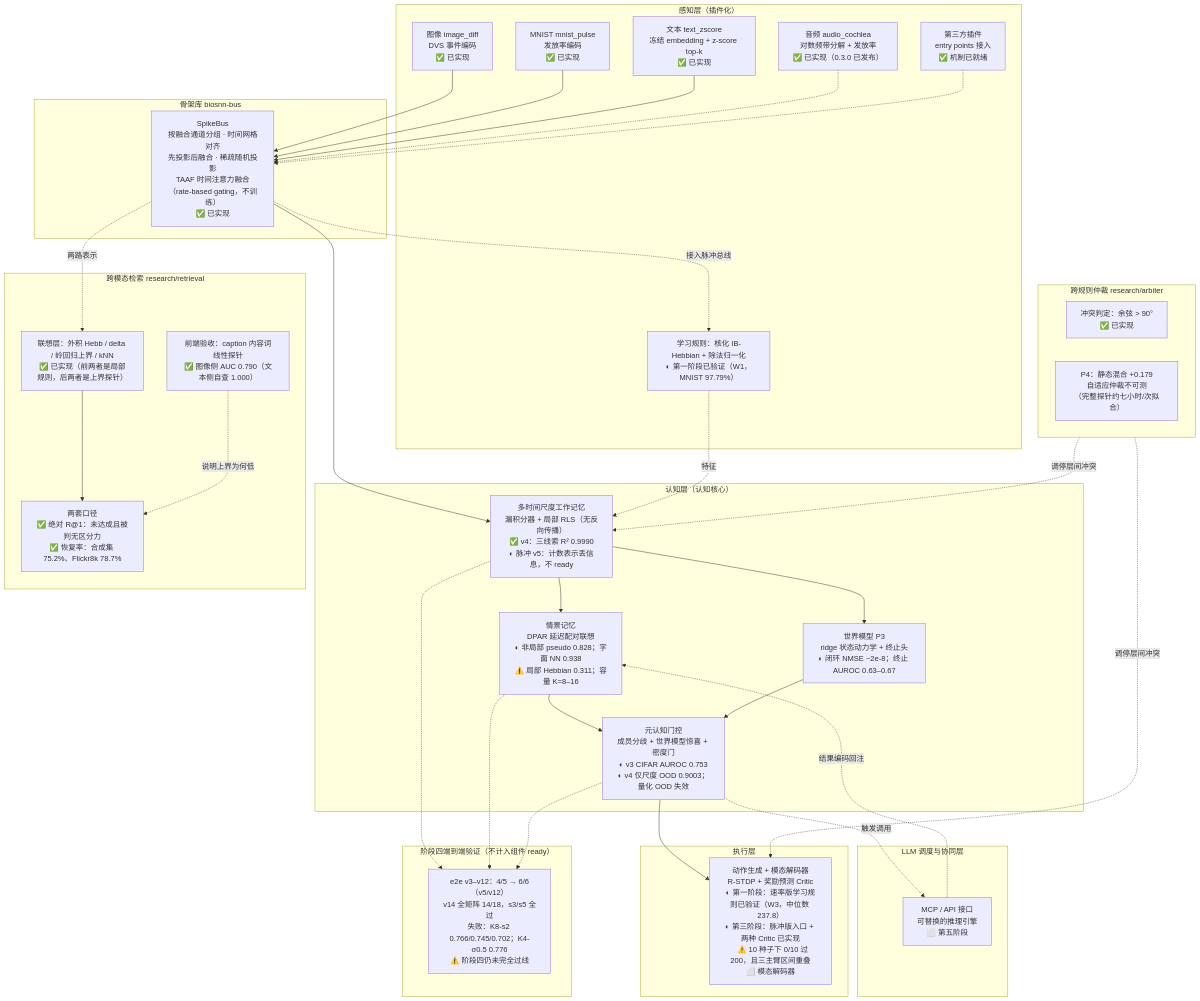
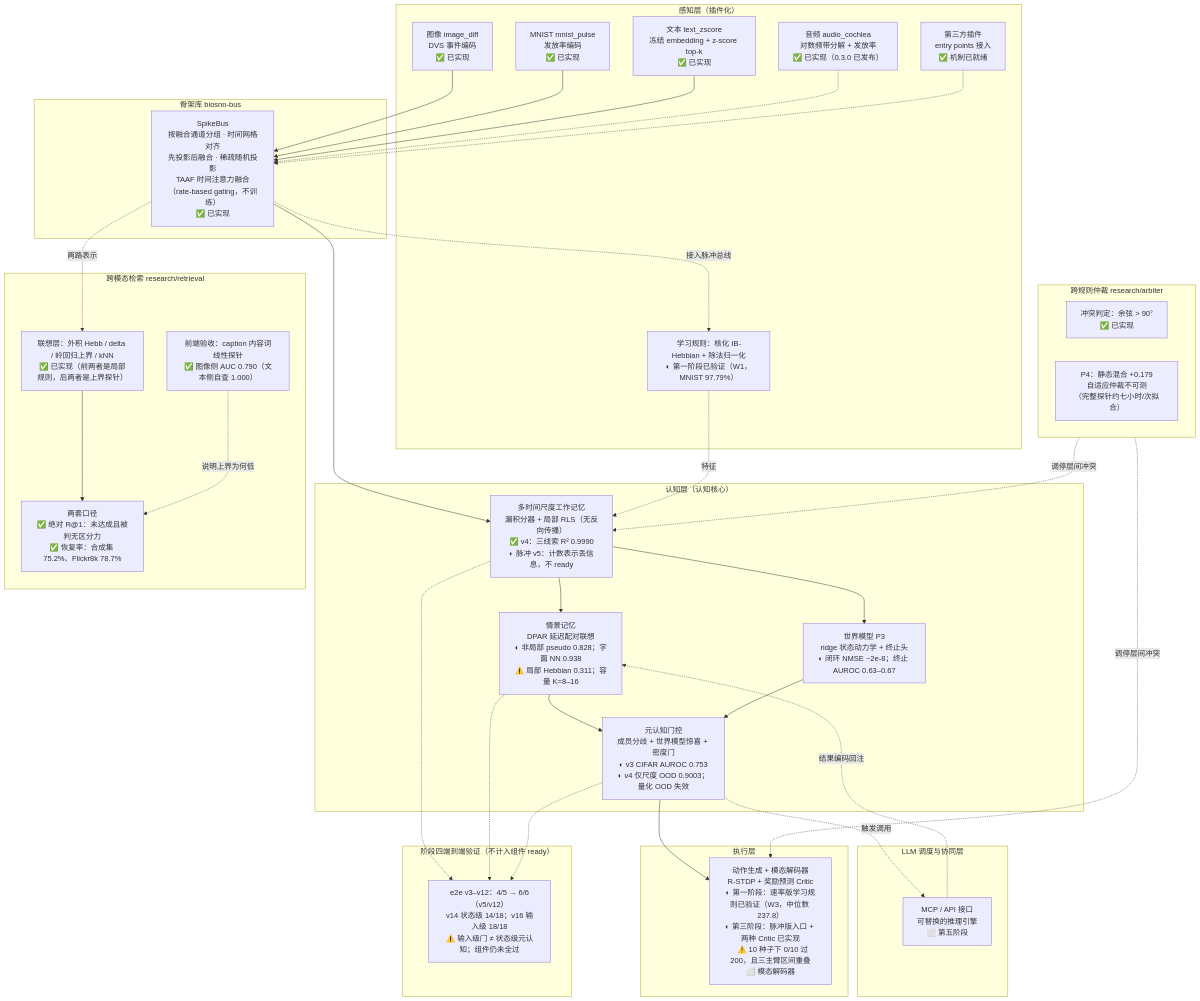
Before and after one commit to lzmd-arch/BioSNN-Plug: the diagram in README.md, drawn with Mermaid. The commit also changed other lines of this file and 8 other files, not shown here.

````diff
--- a/README.md
+++ b/README.md
@@ -126,71 +126,71 @@
 ```mermaid
 flowchart TB
     subgraph L5["LLM 调度与协同层"]
         MCP["MCP / API 接口<br/>可替换的推理引擎<br/>⬜ 第五阶段"]
     end
 
     subgraph L4["执行层"]
         ACT["动作生成 + 模态解码器<br/>R-STDP + 奖励预测 Critic<br/>◐ 第一阶段：速率版学习规则已验证（W3，中位数 237.8）<br/>◐ 第三阶段：脉冲版入口 + 两种 Critic 已实现<br/>&nbsp;&nbsp;&nbsp;⚠️ 10 种子下 0/10 过 200，且三主臂区间重叠<br/>⬜ 模态解码器"]
     end
 
     subgraph L3["认知层（认知核心）"]
         WM["多时间尺度工作记忆<br/>漏积分器 + 局部 RLS（无反向传播）<br/>✅ v4：三线索 R² 0.9990<br/>◐ 脉冲 v5：计数表示丢信息，不 ready"]
         EM["情景记忆<br/>DPAR 延迟配对联想<br/>◐ 非局部 pseudo 0.828；字面 NN 0.938<br/>⚠️ 局部 Hebbian 0.311；容量 K=8–16"]
         MG["元认知门控<br/>成员分歧 + 世界模型惊喜 + 密度门<br/>◐ v3 CIFAR AUROC 0.753<br/>◐ v4 仅尺度 OOD 0.9003；量化 OOD 失效"]
         WMODEL["世界模型 P3<br/>ridge 状态动力学 + 终止头<br/>◐ 闭环 NMSE ~2e-8；终止 AUROC 0.63–0.67"]
     end
 
     subgraph ARB["跨规则仲裁 research/arbiter"]
         CF["冲突判定：余弦 > 90°<br/>✅ 已实现"]
         ES["P4：静态混合 +0.179<br/>自适应仲裁不可测<br/>（完整探针约七小时/次拟合）"]
     end
 
     subgraph L2["骨架库 biosnn-bus"]
         BUS["SpikeBus<br/>按融合通道分组 · 时间网格对齐<br/>先投影后融合 · 稀疏随机投影<br/>TAAF 时间注意力融合（rate-based gating，不训练）<br/>✅ 已实现"]
     end
 
     subgraph L1["感知层（插件化）"]
         IMG["图像 image_diff<br/>DVS 事件编码<br/>✅ 已实现"]
         MN["MNIST mnist_pulse<br/>发放率编码<br/>✅ 已实现"]
         TXT["文本 text_zscore<br/>冻结 embedding + z-score top-k<br/>✅ 已实现"]
         AUD["音频 audio_cochlea<br/>对数频带分解 + 发放率<br/>✅ 已实现（0.3.0 已发布）"]
         THIRD["第三方插件<br/>entry points 接入<br/>✅ 机制已就绪"]
         HEB["学习规则：核化 IB-Hebbian + 除法归一化<br/>◐ 第一阶段已验证（W1，MNIST 97.79%）"]
     end
 
     IMG --> BUS
     MN --> BUS
     TXT --> BUS
     AUD -.-> BUS
     THIRD -.-> BUS
 
     BUS --> WM
     BUS -.->|接入脉冲总线| HEB
     HEB -.->|特征| WM
     WM --> EM
     WM --> WMODEL
     EM --> MG
     WMODEL --> MG
     MG --> ACT
     MG -.->|触发调用| MCP
     MCP -.->|结果编码回注| EM
     ARB -.->|调停层间冲突| WM
     ARB -.->|调停层间冲突| ACT
 
     subgraph W4["跨模态检索 research/retrieval"]
         FAC["联想层：外积 Hebb / delta / 岭回归上界 / kNN<br/>✅ 已实现（前两者是局部规则，后两者是上界探针）"]
         CRIT["两套口径<br/>✅ 绝对 R@1：未达成且被判无区分力<br/>✅ 恢复率：合成集 75.2%、Flickr8k 78.7%"]
         FE["前端验收：caption 内容词线性探针<br/>✅ 图像侧 AUC 0.790（文本侧自查 1.000）"]
     end
 
     BUS -.->|两路表示| FAC
     FAC --> CRIT
     FE -.->|说明上界为何低| CRIT
 
     subgraph S4["阶段四端到端验证（不计入组件 ready）"]
-        E2E["e2e v3–v12：4/5 → 6/6（v5/v12）<br/>v14 全矩阵 14/18，s3/s5 全过<br/>失败：K8-s2 0.766/0.745/0.702；K4-σ0.5 0.776<br/>⚠️ 阶段四仍未完全过线"]
+        E2E["e2e v3–v12：4/5 → 6/6（v5/v12）<br/>v14 状态级 14/18；v16 输入级 18/18<br/>⚠️ 输入级门 ≠ 状态级元认知；组件仍未全过"]
     end
     WM -.-> E2E
     EM -.-> E2E
     MG -.-> E2E
 ```
````
